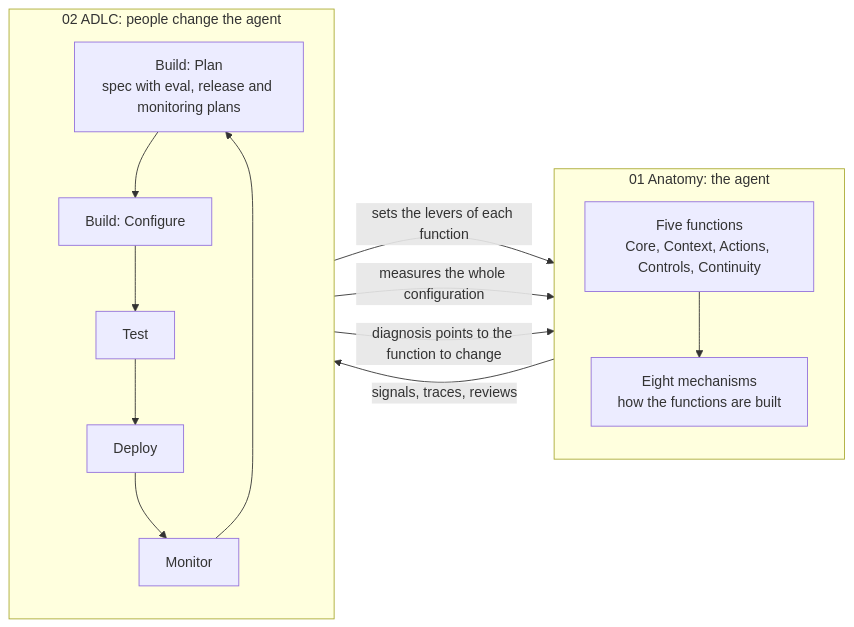
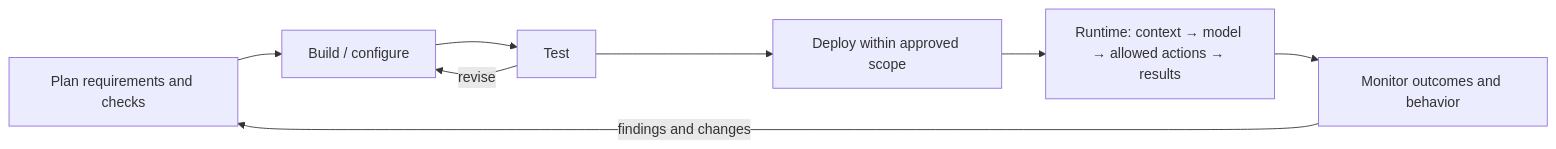
The diagram in docs/mental-model/00-overview.md (neil-yee/accounting-finance-agent), drawn with Mermaid before and after one commit. The commit also changed other lines of this file and 2 other files, not shown here.

Commit message:
docs: refine agent mental models and lifecycle guidance

````diff
--- a/docs/mental-model/00-overview.md
+++ b/docs/mental-model/00-overview.md
@@ -29,25 +33,9 @@
 ```mermaid
 flowchart LR
-    subgraph ANAT["01 Anatomy: the agent"]
-        direction TB
-        F["Five functions<br/>Core, Context, Actions, Controls, Continuity"]
-        MC["Eight mechanisms<br/>how the functions are built"]
-        F --> MC
-    end
-
-    subgraph LIFE["02 ADLC: people change the agent"]
-        direction TB
-        P["Build: Plan<br/>spec with eval, release and monitoring plans"]
-        C["Build: Configure"]
-        T["Test"]
-        D["Deploy"]
-        M["Monitor"]
-        P --> C --> T --> D --> M
-        M --> P
-    end
-
-    C -->|"sets the levers of each function"| F
-    T -->|"measures the whole configuration"| F
-    F -->|"signals, traces, reviews"| M
-    M -->|"diagnosis points to the function to change"| F
+    P["Plan requirements and checks"] --> B["Build / configure"]
+    B --> T["Test"] --> D["Deploy within approved scope"]
+    D --> R["Runtime: context → model → allowed actions → results"]
+    R --> M["Monitor outcomes and behavior"]
+    M -->|"findings and changes"| P
+    T -->|"revise"| B
 ```
````
